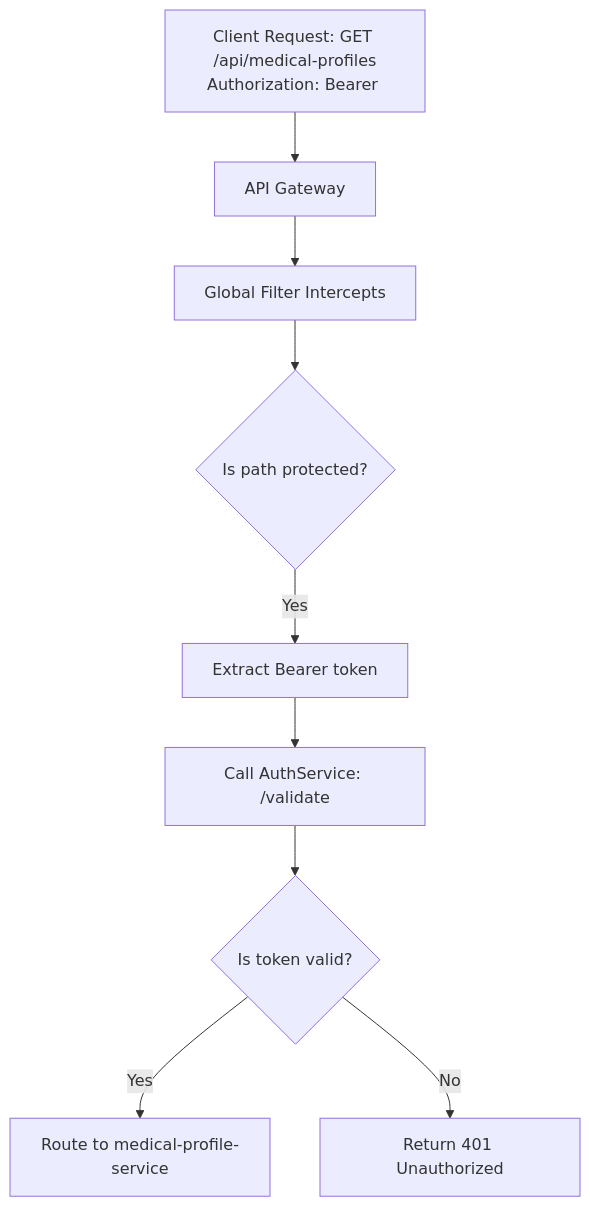
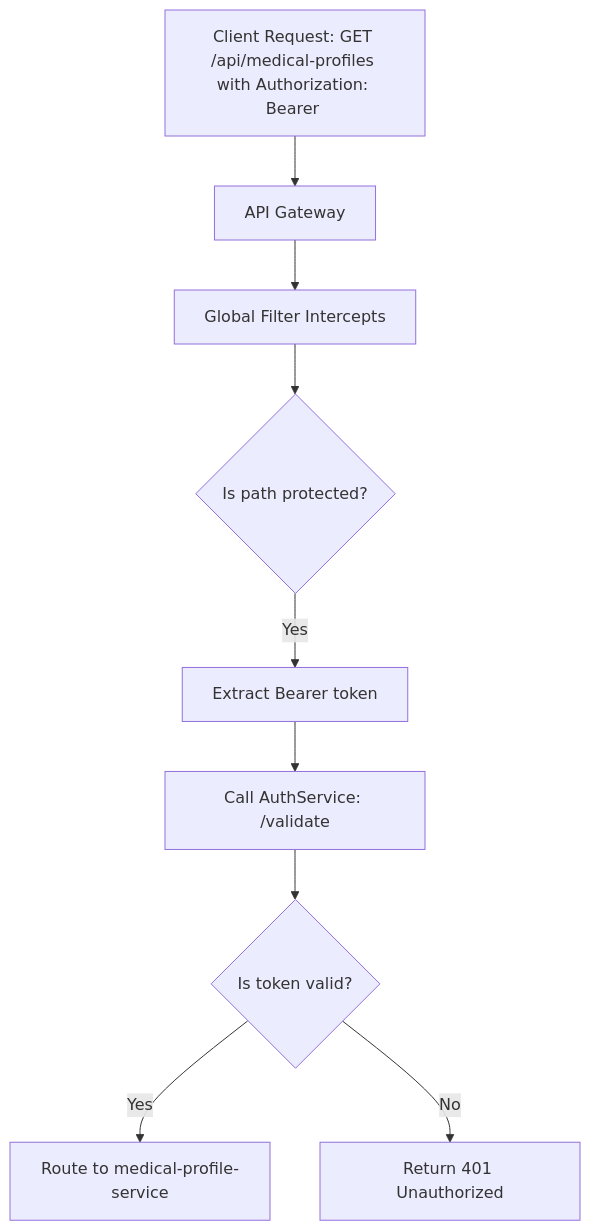
The seventh of 11 diagrams in README.md (PritiAryal/MediCore), drawn with Mermaid before and after one commit. The commit also changed 1 other file, not shown here.

````diff
--- a/README.md
+++ b/README.md
@@ -1167,20 +1167,20 @@
 ```mermaid
 %%Client → Gateway (GET /api/medical-profiles with Bearer token)
 %%        |
 %%        └─> [Global Filter]
 %%              ├─ Is this path protected? (yes)
 %%              ├─ Extract token
 %%              ├─ Call AuthService:/validate with token
 %%              ├─ If valid → route to medical-profile-service
 %%              └─ If invalid → return 401 Unauthorized
 graph TD
-    A[Client Request: GET /api/medical-profiles\nAuthorization: Bearer <token>] --> B[API Gateway]
+    A[Client Request: GET /api/medical-profiles with Authorization: Bearer <token>] --> B[API Gateway]
     B --> C[Global Filter Intercepts]
     C --> D{Is path protected?}
     D -- Yes --> E[Extract Bearer token]
     E --> F[Call AuthService: /validate]
     F --> G{Is token valid?}
     G -- Yes --> H[Route to medical-profile-service]
     G -- No --> I[Return 401 Unauthorized]
 
 ```
````
